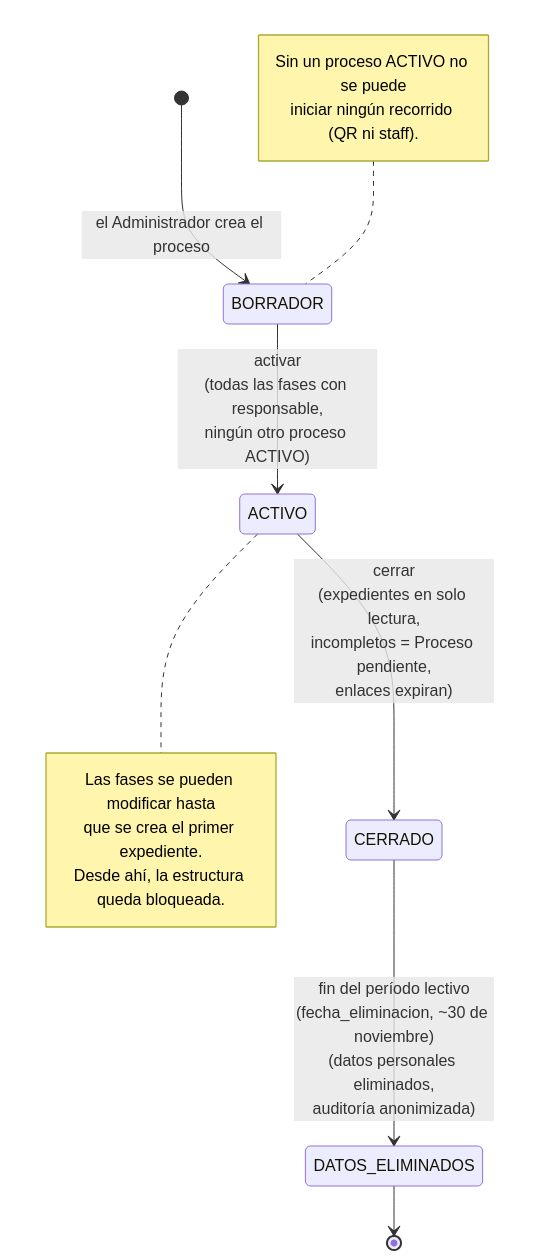
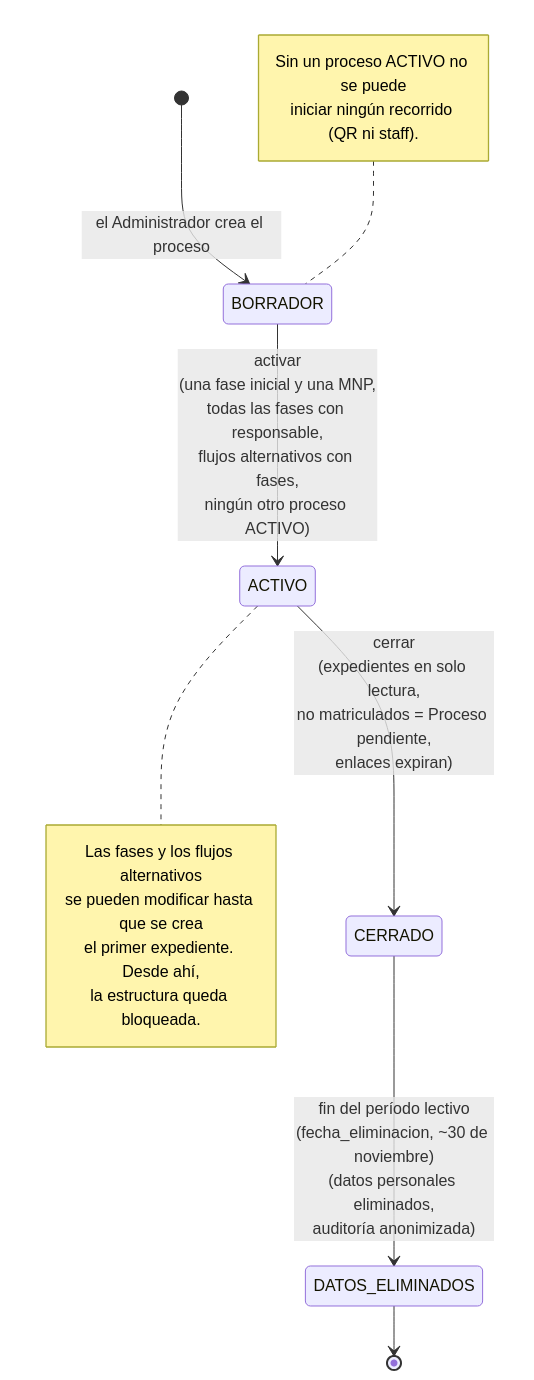
Before and after one commit to eduardosanmartin/workflow: the fifth of 5 diagrams in SPEC.md, drawn with Mermaid. The commit also changed other lines of this file and 14 other files, not shown here.

First line of the commit message:
SPEC v0.8 aprobada: recorrido dinámico y flujos alternativos

````diff
--- a/SPEC.md
+++ b/SPEC.md
@@ -669,17 +964,18 @@
 ```mermaid
 stateDiagram-v2
     [*] --> BORRADOR : el Administrador crea el proceso
-    BORRADOR --> ACTIVO : activar<br/>(todas las fases con responsable,<br/>ningún otro proceso ACTIVO)
-    ACTIVO --> CERRADO : cerrar<br/>(expedientes en solo lectura,<br/>incompletos = Proceso pendiente,<br/>enlaces expiran)
+    BORRADOR --> ACTIVO : activar<br/>(una fase inicial y una MNP,<br/>todas las fases con responsable,<br/>flujos alternativos con fases,<br/>ningún otro proceso ACTIVO)
+    ACTIVO --> CERRADO : cerrar<br/>(expedientes en solo lectura,<br/>no matriculados = Proceso pendiente,<br/>enlaces expiran)
     CERRADO --> DATOS_ELIMINADOS : fin del período lectivo<br/>(fecha_eliminacion, ~30 de noviembre)<br/>(datos personales eliminados,<br/>auditoría anonimizada)
     DATOS_ELIMINADOS --> [*]
     note left of BORRADOR
         Sin un proceso ACTIVO no se puede
         iniciar ningún recorrido (QR ni staff).
     end note
     note right of ACTIVO
-        Las fases se pueden modificar hasta
-        que se crea el primer expediente.
-        Desde ahí, la estructura queda bloqueada.
+        Las fases y los flujos alternativos
+        se pueden modificar hasta que se crea
+        el primer expediente. Desde ahí,
+        la estructura queda bloqueada.
     end note
 ```
````
